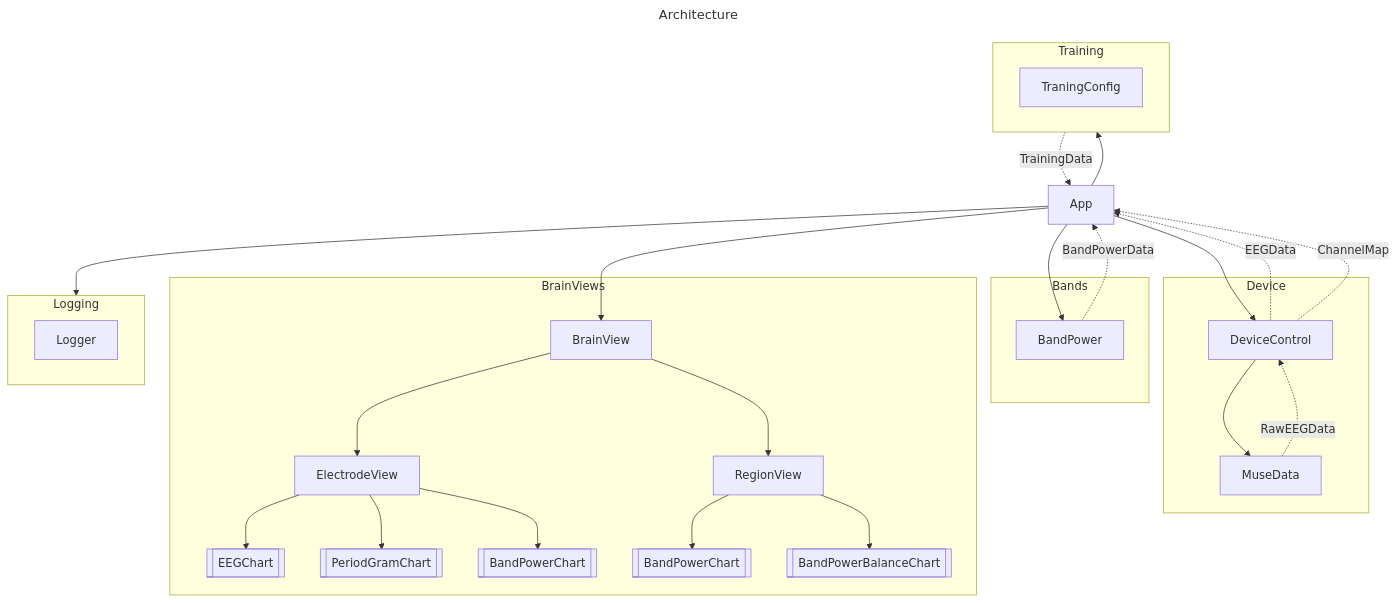
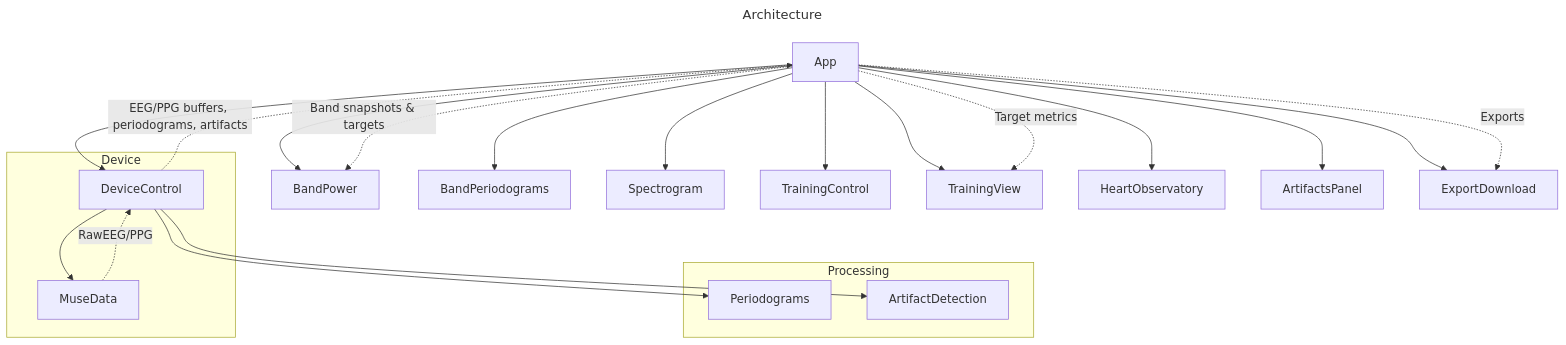
The diagram in docs/architecture.md (mtippett/meditrain), drawn with Mermaid before and after one commit. The commit also changed other lines of this file and 21 other files, not shown here.

````diff
--- a/docs/architecture.md
+++ b/docs/architecture.md
@@ -4,53 +4,30 @@
 ```mermaid
 ---
 title: Architecture
 ---
 graph TB
     App --> DeviceControl
+    App --> BandPower
+    App --> BandPeriodograms
+    App --> Spectrogram
+    App --> TrainingControl
+    App --> TrainingView
+    App --> HeartObservatory
+    App --> ArtifactsPanel
+    App --> ExportDownload
 
-    App --> BrainView
-    App-->BandPower
-    App --> Training
-    App --> Logging
-
-    
     subgraph Device
-        DeviceControl-->MuseData
+        DeviceControl --> MuseData
     end
 
-    subgraph Bands
-        BandPower
+    subgraph Processing
+        DeviceControl --> Periodograms
+        DeviceControl --> ArtifactDetection
     end
 
-
-    subgraph BrainViews
-        EEGChart[[EEGChart]]
-        PeriodGramChart[[PeriodGramChart]]
-        ElectrodeBandPowerChart[[BandPowerChart]]
-        RegionBandPowerChart[[BandPowerChart]]
-        BandPowerBalanceChart[[BandPowerBalanceChart]]
-        BrainView-->ElectrodeView
-        ElectrodeView-->EEGChart
-        ElectrodeView-->PeriodGramChart
-        ElectrodeView-->ElectrodeBandPowerChart
-        BrainView-->RegionView
-        RegionView-->RegionBandPowerChart
-        RegionView-->BandPowerBalanceChart
-
-    end
-
-    subgraph Training
-        TraningConfig
-    end
-
-    subgraph Logging
-        Logger
-    end
-
-    MuseData -.-> |RawEEGData|DeviceControl
-    DeviceControl -.-> |EEGData|App
-    DeviceControl -.-> |ChannelMap|App
-    BandPower -.-> |BandPowerData|App
-    Training -.-> |TrainingData|App
-
+    MuseData -.-> |RawEEG/PPG|DeviceControl
+    DeviceControl -.-> |EEG/PPG buffers, periodograms, artifacts|App
+    App -.-> |Band snapshots & targets|BandPower
+    App -.-> |Target metrics|TrainingView
+    App -.-> |Exports|ExportDownload
 ```
````
